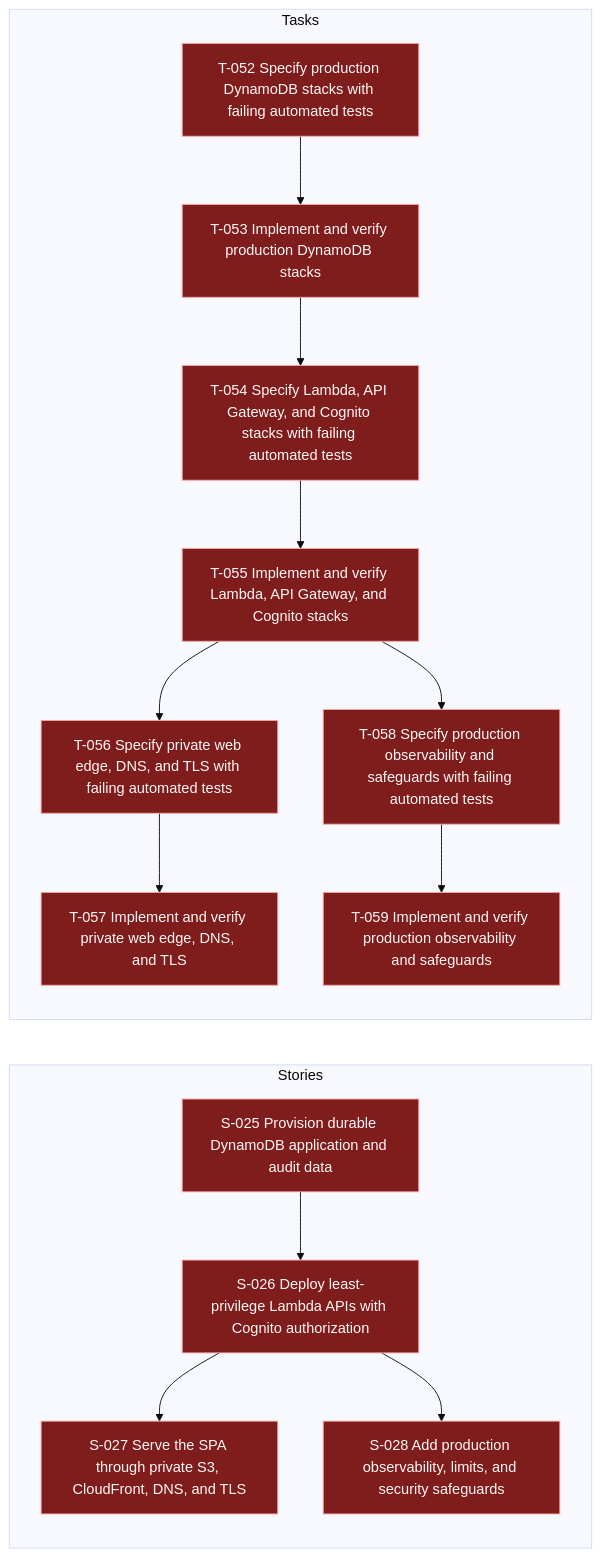
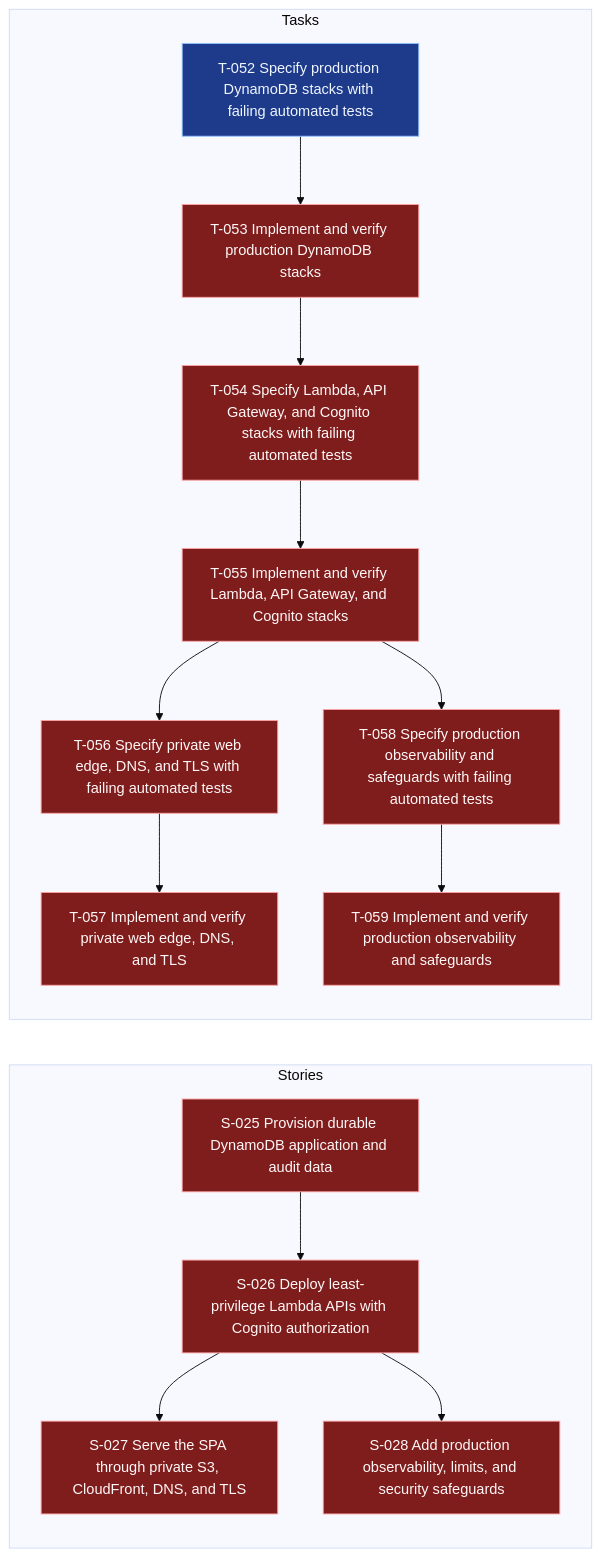
One commit to andybalham/invite-agent changed the diagram in .worktracker/graphs/E-008.mmd. Above: the diagram before and after it, drawn with Mermaid (base theme). The commit also changed 20 other files, not shown here.

```diff
--- a/.worktracker/graphs/E-008.mmd
+++ b/.worktracker/graphs/E-008.mmd
@@ -1,44 +1,44 @@
 graph LR
   classDef done fill:#14532d,stroke:#86efac,color:#f0fdf4;
   classDef blocked fill:#7f1d1d,stroke:#fca5a5,color:#fff7f7;
   classDef inprogress fill:#78350f,stroke:#fbbf24,color:#fffbeb;
   classDef todo fill:#1e3a8a,stroke:#93c5fd,color:#eff6ff;
   classDef empty fill:#374151,stroke:#d1d5db,color:#f9fafb,stroke-dasharray: 3 3;
   subgraph Stories
     S025["S-025 Provision durable DynamoDB application and audit data"]:::blocked
     S026["S-026 Deploy least-privilege Lambda APIs with Cognito authorization"]:::blocked
     S027["S-027 Serve the SPA through private S3, CloudFront, DNS, and TLS"]:::blocked
     S028["S-028 Add production observability, limits, and security safeguards"]:::blocked
     S025 --> S026
     S026 --> S027
     S026 --> S028
   end
   subgraph Tasks
-    T052["T-052 Specify production DynamoDB stacks with failing automated tests"]:::blocked
+    T052["T-052 Specify production DynamoDB stacks with failing automated tests"]:::todo
     T053["T-053 Implement and verify production DynamoDB stacks"]:::blocked
     T054["T-054 Specify Lambda, API Gateway, and Cognito stacks with failing automated tests"]:::blocked
     T055["T-055 Implement and verify Lambda, API Gateway, and Cognito stacks"]:::blocked
     T056["T-056 Specify private web edge, DNS, and TLS with failing automated tests"]:::blocked
     T057["T-057 Implement and verify private web edge, DNS, and TLS"]:::blocked
     T058["T-058 Specify production observability and safeguards with failing automated tests"]:::blocked
     T059["T-059 Implement and verify production observability and safeguards"]:::blocked
     T052 --> T053
     T053 --> T054
     T054 --> T055
     T055 --> T056
     T055 --> T058
     T056 --> T057
     T058 --> T059
   end
   click S025 "../entities/S-025-provision-durable-dynamodb-application-and-audit-data.md"
   click S026 "../entities/S-026-deploy-least-privilege-lambda-apis-with-cognito-authorization.md"
   click S027 "../entities/S-027-serve-the-spa-through-private-s3-cloudfront-dns-and-tls.md"
   click S028 "../entities/S-028-add-production-observability-limits-and-security-safeguards.md"
   click T052 "../entities/T-052-specify-production-dynamodb-stacks-with-failing-automated-tests.md"
   click T053 "../entities/T-053-implement-and-verify-production-dynamodb-stacks.md"
   click T054 "../entities/T-054-specify-lambda-api-gateway-and-cognito-stacks-with-failing-automated-tests.md"
   click T055 "../entities/T-055-implement-and-verify-lambda-api-gateway-and-cognito-stacks.md"
   click T056 "../entities/T-056-specify-private-web-edge-dns-and-tls-with-failing-automated-tests.md"
   click T057 "../entities/T-057-implement-and-verify-private-web-edge-dns-and-tls.md"
   click T058 "../entities/T-058-specify-production-observability-and-safeguards-with-failing-automated-tests.md"
   click T059 "../entities/T-059-implement-and-verify-production-observability-and-safeguards.md"
```
